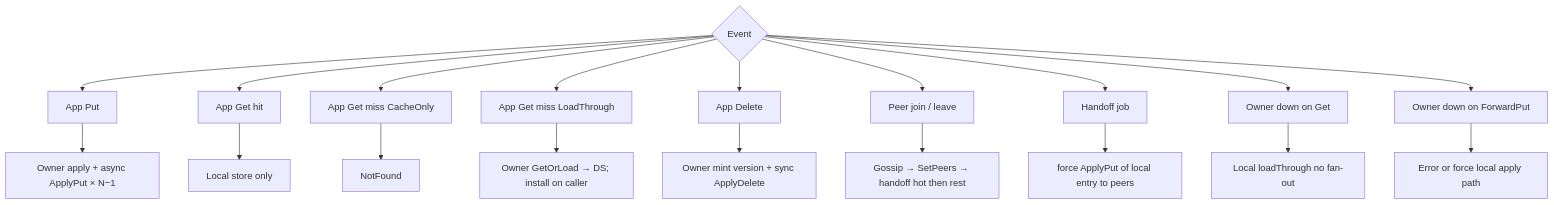
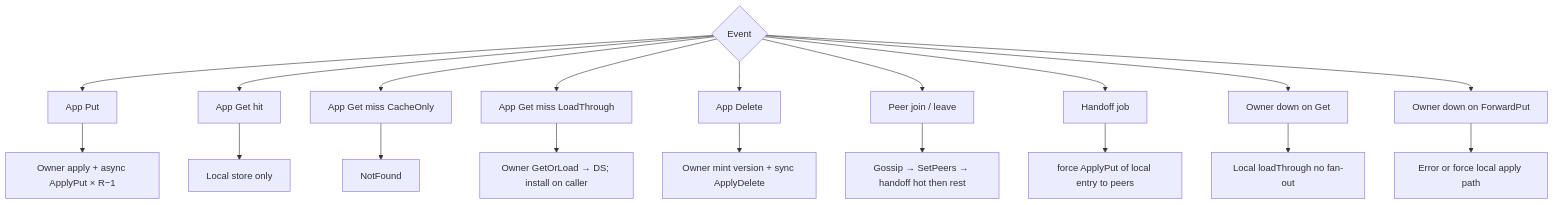
One commit to Code0987/supercache changed diagram 18 of 18 in docs/CLUSTER_FLOWS.md. Above: the diagram before and after it, drawn with Mermaid. The commit also changed other lines of this file and 17 other files, not shown here.

````diff
--- a/docs/CLUSTER_FLOWS.md
+++ b/docs/CLUSTER_FLOWS.md
@@ -378,22 +378,22 @@
 ```mermaid
 flowchart TD
   E{"Event"} --> E1["App Put"]
   E --> E2["App Get hit"]
   E --> E3["App Get miss CacheOnly"]
   E --> E4["App Get miss LoadThrough"]
   E --> E5["App Delete"]
   E --> E6["Peer join / leave"]
   E --> E7["Handoff job"]
   E --> E8["Owner down on Get"]
   E --> E9["Owner down on ForwardPut"]
 
-  E1 --> A1["Owner apply + async ApplyPut × N−1"]
+  E1 --> A1["Owner apply + async ApplyPut × R−1"]
   E2 --> A2["Local store only"]
   E3 --> A3["NotFound"]
   E4 --> A4["Owner GetOrLoad → DS; install on caller"]
   E5 --> A5["Owner mint version + sync ApplyDelete"]
   E6 --> A6["Gossip → SetPeers → handoff hot then rest"]
   E7 --> A7["force ApplyPut of local entry to peers"]
   E8 --> A8["Local loadThrough no fan-out"]
   E9 --> A9["Error or force local apply path"]
 ```
````
